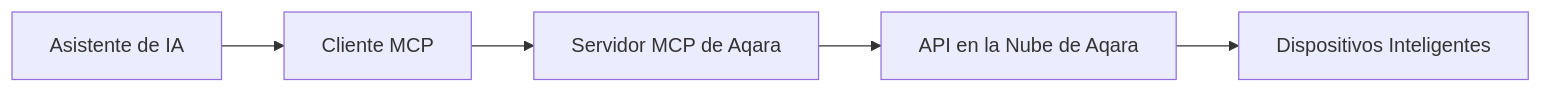
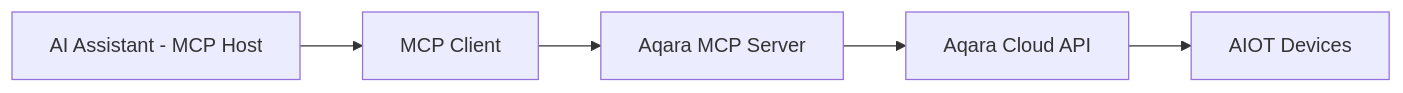
Before and after one commit to aqara/aqara-mcp-server: the diagram in readme/README_ES.md, drawn with Mermaid. The commit also changed other lines of this file and 22 other files, not shown here.

````diff
--- a/readme/README_ES.md
+++ b/readme/README_ES.md
@@ -77,7 +76,7 @@
 ```mermaid
 graph LR
-    A[Asistente de IA] --> B[Cliente MCP]
-    B --> C[Servidor MCP de Aqara]
-    C --> D[API en la Nube de Aqara]
-    D --> E[Dispositivos Inteligentes]
+    A[AI Assistant - MCP Host] --> B[MCP Client]
+    B --> C[Aqara MCP Server]
+    C --> D[Aqara Cloud API]
+    D --> E[AIOT Devices]
 ```
````
